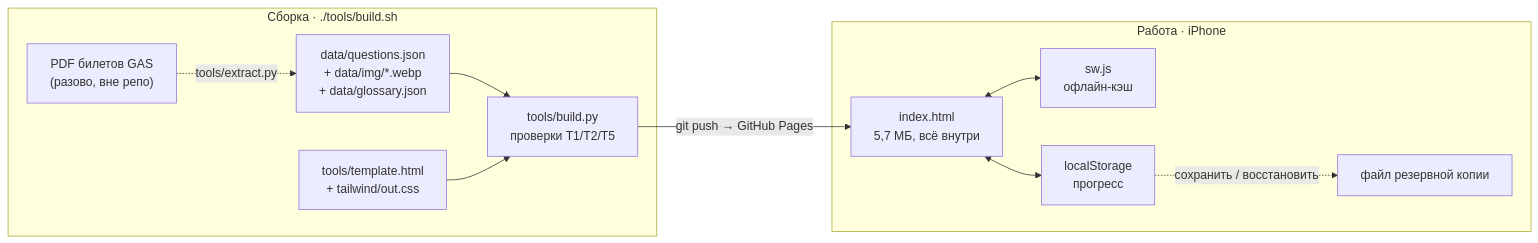
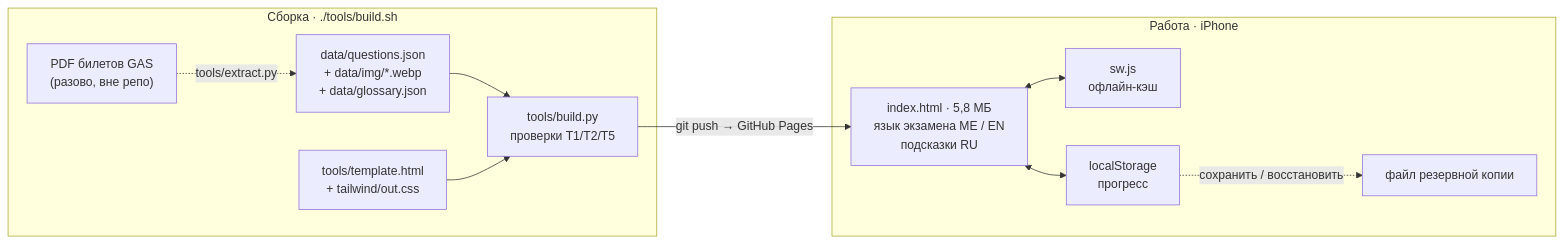
Before and after one commit to aboratorium/vozacki: the diagram in docs/ARCHITECTURE.md, drawn with Mermaid. The commit also changed other lines of this file and 9 other files, not shown here.

First line of the commit message:
v1.3: английский язык экзамена — свой перевод 415 вопросов, переключатель ME/EN (ADR-0015)

````diff
--- a/docs/ARCHITECTURE.md
+++ b/docs/ARCHITECTURE.md
@@ -18,18 +18,18 @@
 ```mermaid
 flowchart LR
   subgraph build["Сборка · ./tools/build.sh"]
     PDF["PDF билетов GAS<br/>(разово, вне репо)"] -. "tools/extract.py" .-> DB
     DB["data/questions.json<br/>+ data/img/*.webp<br/>+ data/glossary.json"] --> BLD["tools/build.py<br/>проверки T1/T2/T5"]
     TPL["tools/template.html<br/>+ tailwind/out.css"] --> BLD
   end
   subgraph run["Работа · iPhone"]
-    APP["index.html<br/>5,7 МБ, всё внутри"]
+    APP["index.html · 5,8 МБ<br/>язык экзамена ME / EN<br/>подсказки RU"]
     SW["sw.js<br/>офлайн-кэш"]
     LS["localStorage<br/>прогресс"]
     BK["файл резервной копии"]
   end
   BLD -- "git push → GitHub Pages" --> APP
   APP <--> SW
   APP <--> LS
   LS -. "сохранить / восстановить" .-> BK
 ```
````
